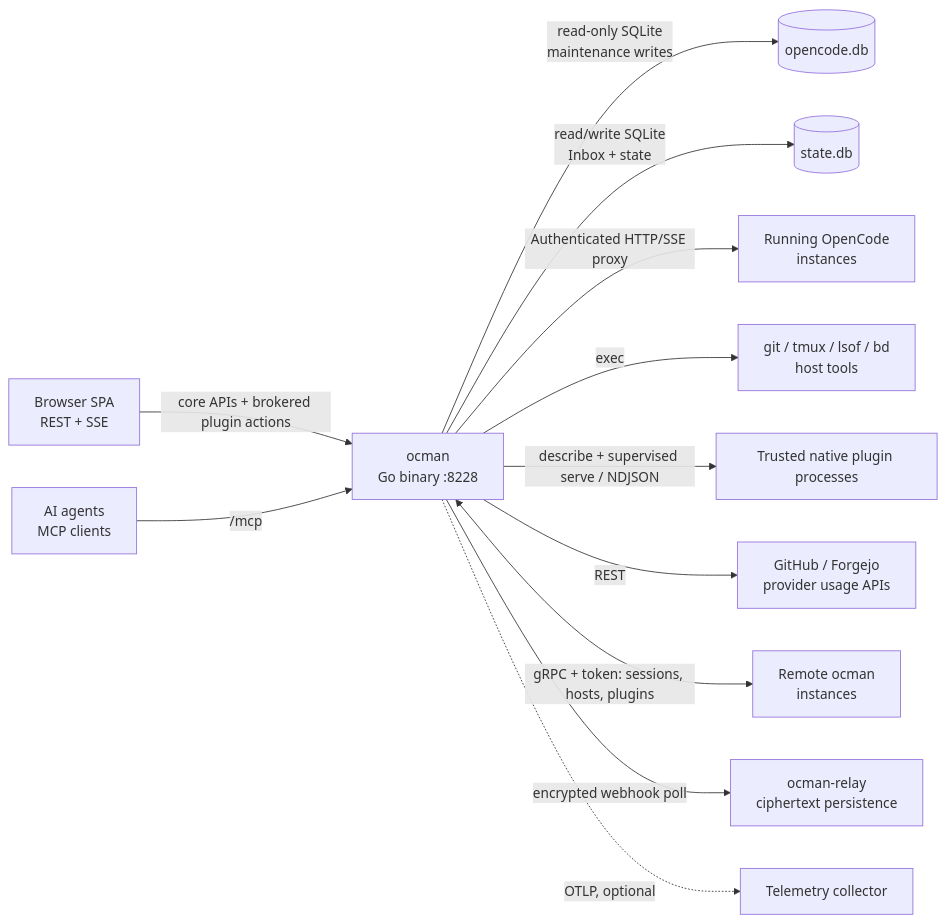
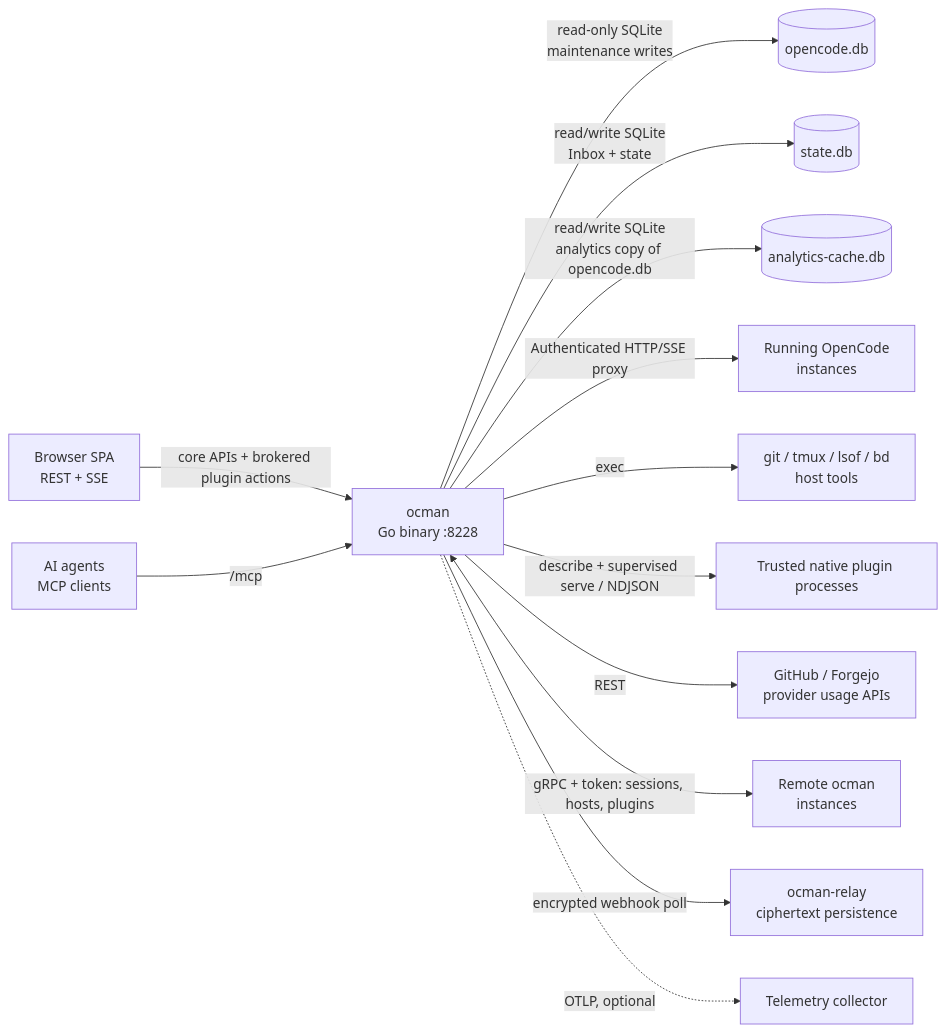
Before and after one commit to ocman/ocman: the second of 5 diagrams in docs/other/architecture.md, drawn with Mermaid. The commit also changed other lines of this file and 3 other files, not shown here.

````diff
--- a/docs/other/architecture.md
+++ b/docs/other/architecture.md
@@ -50,14 +50,15 @@
 ```mermaid
 flowchart LR
     Browser[Browser SPA<br/>REST + SSE] -->|core APIs + brokered plugin actions| Ocman[ocman<br/>Go binary :8228]
     Agent[AI agents<br/>MCP clients] -->|/mcp| Ocman
     Ocman -->|read-only SQLite<br/>maintenance writes| OCDB[(opencode.db)]
     Ocman -->|read/write SQLite<br/>Inbox + state| StateDB[(state.db)]
+    Ocman -->|read/write SQLite<br/>analytics copy of opencode.db| Cache[(analytics-cache.db)]
     Ocman -->|Authenticated HTTP/SSE proxy| OCInst[Running OpenCode<br/>instances]
     Ocman -->|exec| Shell[git / tmux / lsof / bd<br/>host tools]
     Ocman -->|describe + supervised serve / NDJSON| PluginExec[Trusted native plugin processes]
     Ocman -->|REST| APIs[GitHub / Forgejo<br/>provider usage APIs]
     Ocman <-->|gRPC + token: sessions, hosts, plugins| Remotes[Remote ocman<br/>instances]
     Ocman -->|encrypted webhook poll| Relay[ocman-relay<br/>ciphertext persistence]
     Ocman -.->|OTLP, optional| Otel[Telemetry collector]
 ```
````
